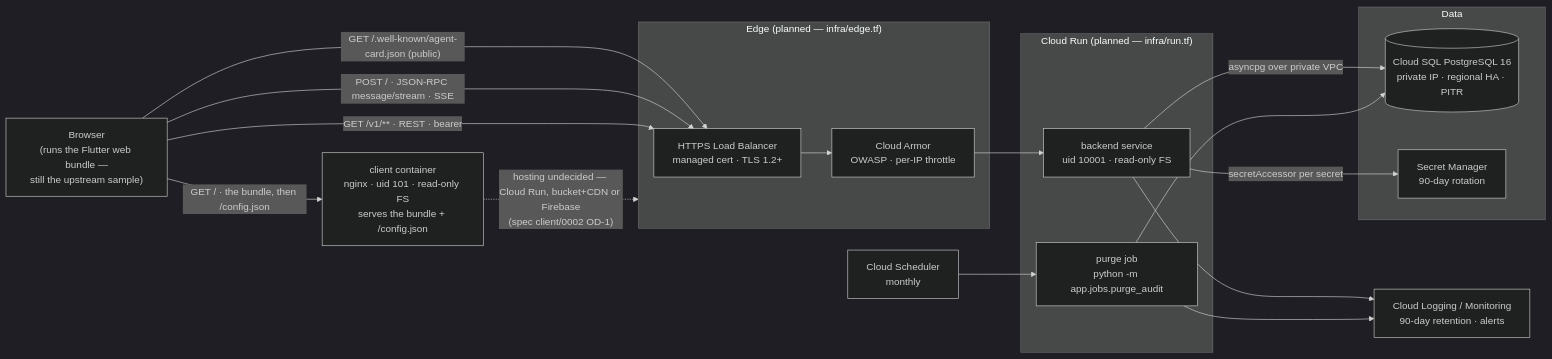
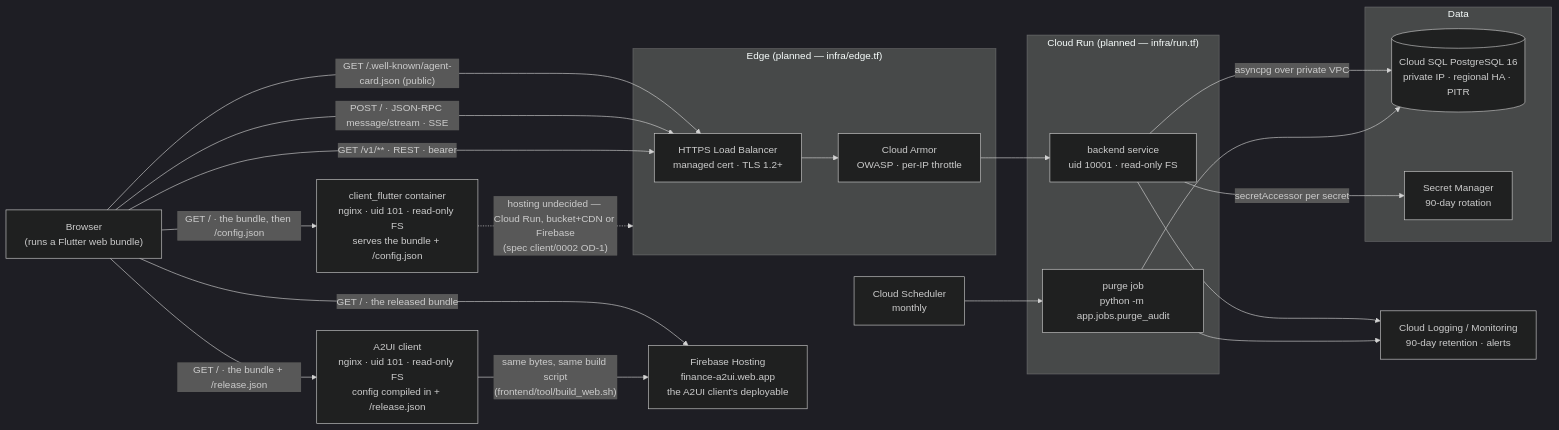
The diagram in docs/diagrams/02-containers.md (somnio-projects/finance-google-a2ui), drawn with Mermaid (dark theme) before and after one commit. The commit also changed 34 other files, not shown here.

````diff
--- a/docs/diagrams/02-containers.md
+++ b/docs/diagrams/02-containers.md
@@ -5,44 +5,57 @@
 ```mermaid
 flowchart LR
-    client["Browser<br/>(runs the Flutter web bundle —<br/>still the upstream sample)"]
-    web["client container<br/>nginx · uid 101 · read-only FS<br/>serves the bundle + /config.json"]
+    client["Browser<br/>(runs a Flutter web bundle)"]
+    a2ui["A2UI client<br/>nginx · uid 101 · read-only FS<br/>config compiled in + /release.json"]
+    web["client_flutter container<br/>nginx · uid 101 · read-only FS<br/>serves the bundle + /config.json"]
+    host["Firebase Hosting<br/>finance-a2ui.web.app<br/>the A2UI client's deployable"]
     subgraph edge["Edge (planned — infra/edge.tf)"]
         lb["HTTPS Load Balancer<br/>managed cert · TLS 1.2+"]
         waf["Cloud Armor<br/>OWASP · per-IP throttle"]
     end
     subgraph run["Cloud Run (planned — infra/run.tf)"]
         svc["backend service<br/>uid 10001 · read-only FS"]
         job["purge job<br/>python -m app.jobs.purge_audit"]
     end
     subgraph data["Data"]
         sql[("Cloud SQL PostgreSQL 16<br/>private IP · regional HA · PITR")]
         sm["Secret Manager<br/>90-day rotation"]
     end
     obs["Cloud Logging / Monitoring<br/>90-day retention · alerts"]
     sched["Cloud Scheduler<br/>monthly"]
 
     client -- "GET / · the bundle, then /config.json" --> web
+    client -- "GET / · the bundle + /release.json" --> a2ui
+    client -- "GET / · the released bundle" --> host
+    a2ui -- "same bytes, same build script<br/>(frontend/tool/build_web.sh)" --> host
     web -. "hosting undecided — Cloud Run, bucket+CDN or Firebase<br/>(spec client/0002 OD-1)" .-> edge
     client -- "GET /.well-known/agent-card.json (public)" --> lb
     client -- "POST / · JSON-RPC message/stream · SSE" --> lb
     client -- "GET /v1/** · REST · bearer" --> lb
     lb --> waf --> svc
     svc -- "asyncpg over private VPC" --> sql
     svc -- "secretAccessor per secret" --> sm
     job --> sql
     sched --> job
     svc --> obs
     job --> obs
 
     %% Two surfaces on one service (ADR-J): /v1/** is strictly RESTful and
     %% answers RFC 9457 problem documents; the root is Google's A2A protocol,
     %% JSON-RPC over SSE, and answers JSON-RPC error objects. The agent card is
     %% the only public route besides the health probes — a client cannot hold a
     %% token before it has read it.
-    %% The client container is built and hardened (GGU-82, spec client/0002) but
-    %% is not deployed anywhere: where it is hosted is OD-1, still open, which is
-    %% why its only outgoing edge is dashed. It serves static bytes and holds no
-    %% credential; the browser, not the container, is what talks to the backend.
-    %% Today the same shape runs locally as docker compose: db + backend, plus
-    %% the client on :3000 behind `--profile client`.
+    %% TWO clients, one repository, no shared code (GGU-91). `client_flutter` is
+    %% the older one: built and hardened (GGU-82, spec client/0002) but deployed
+    %% nowhere — where it is hosted is OD-1, still open, which is why its only
+    %% outgoing edge is dashed. The A2UI client is the one this repository is
+    %% about, and it IS deployed: Firebase Hosting, by `frontend-cd`
+    %% (spec frontend/0017).
+    %% The A2UI container is NOT that deployable — Hosting serves a bundle, not
+    %% an image. It is the local stack's copy of the same bytes, compiled by the
+    %% same `frontend/tool/build_web.sh`, which is why the edge between them is
+    %% solid: it is a "built by" relation, not a network call.
+    %% Neither container holds a credential; the browser, not the container, is
+    %% what talks to the backend. Locally: db + backend, plus the A2UI client on
+    %% :3001 behind `--profile frontend` and client_flutter on :3000 behind
+    %% `--profile client`, all under the one compose project `finance-a2ui`.
 ```
````
